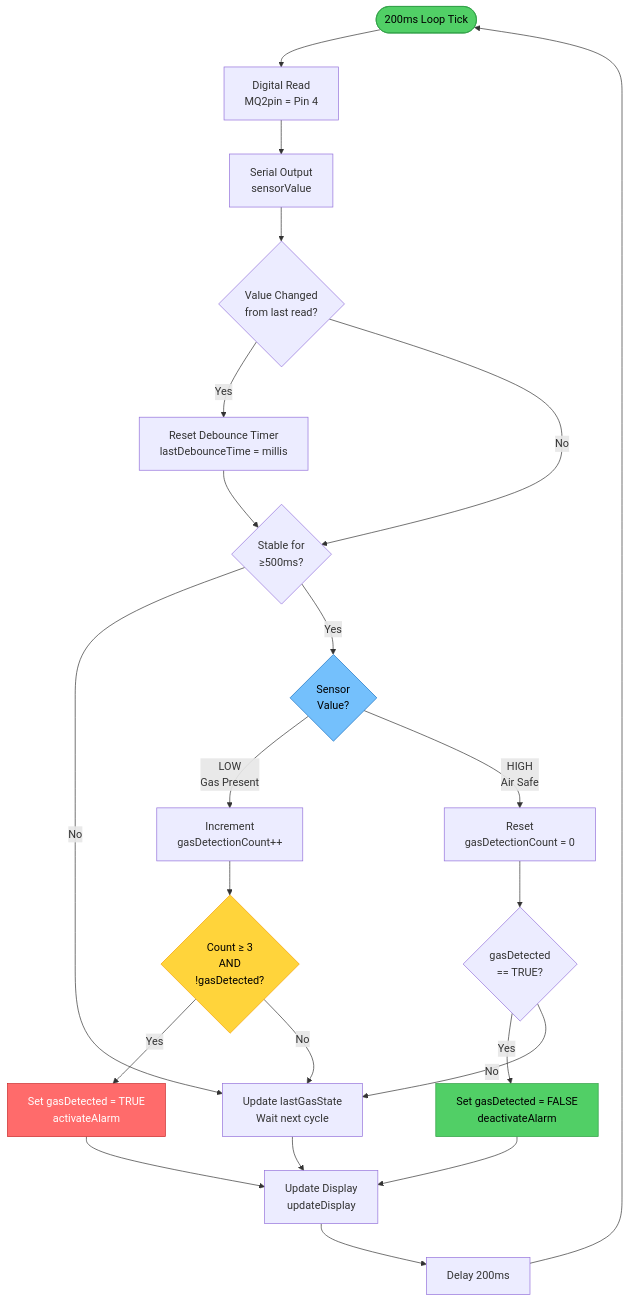
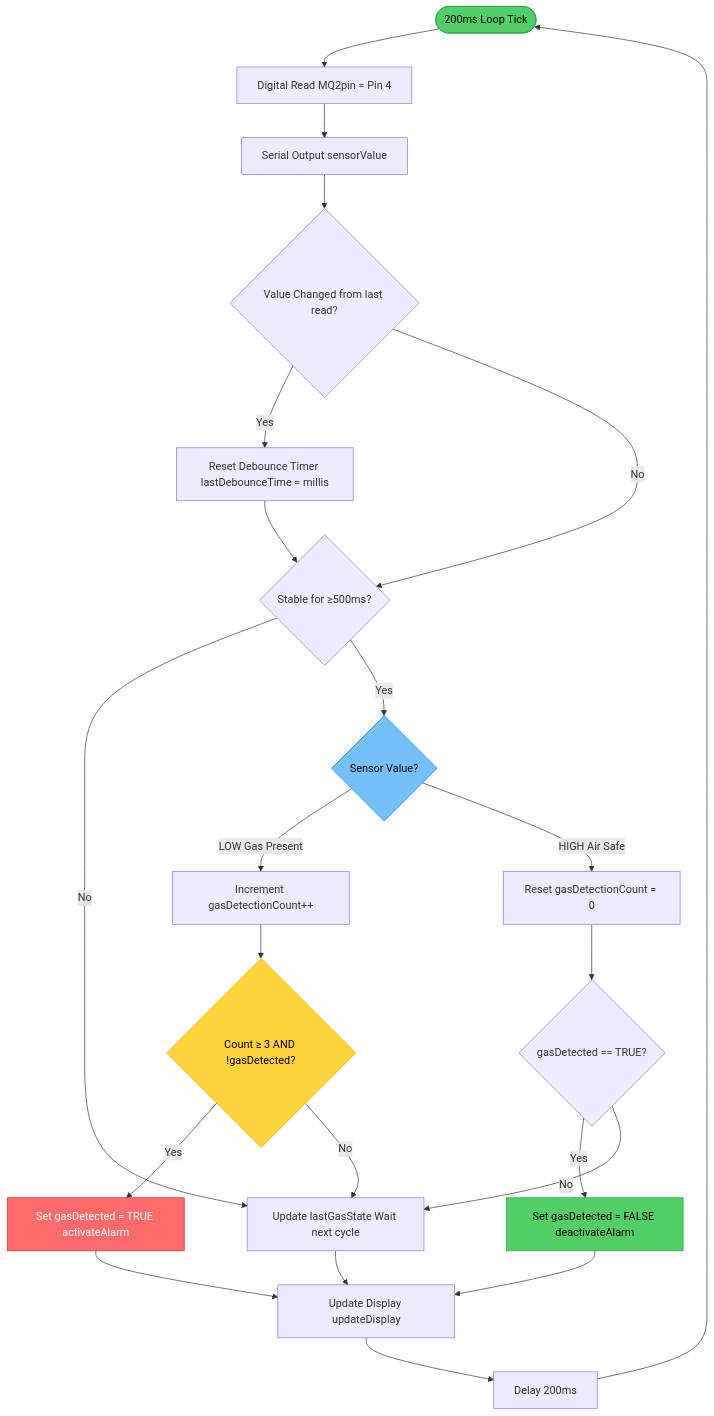
Before and after one commit to kelvinmwega/gas-leak-detection: the fifth of 14 diagrams in BLOCK-DIAGRAM.md, drawn with Mermaid. The commit also changed other lines of this file, not shown here.

Commit message:
block diagrams updated

````diff
--- a/BLOCK-DIAGRAM.md
+++ b/BLOCK-DIAGRAM.md
@@ -223,40 +223,40 @@
 ```mermaid
 graph TD
-  Start([200ms Loop Tick]) --> Read[Digital Read\nMQ2pin = Pin 4]
+  Start([200ms Loop Tick]) --> Read[Digital Read MQ2pin = Pin 4]
 
-  Read --> Log[Serial Output\nsensorValue]
+  Read --> Log[Serial Output sensorValue]
 
-  Log --> EdgeDetect{Value Changed\nfrom last read?}
+  Log --> EdgeDetect{Value Changed from last read?}
 
-  EdgeDetect -->|Yes| ResetTimer[Reset Debounce Timer\nlastDebounceTime = millis]
+  EdgeDetect -->|Yes| ResetTimer[Reset Debounce Timer lastDebounceTime = millis]
   EdgeDetect -->|No| CheckStable
 
-  ResetTimer --> CheckStable{Stable for\n≥500ms?}
+  ResetTimer --> CheckStable{Stable for ≥500ms?}
 
-  CheckStable -->|No| UpdateState[Update lastGasState\nWait next cycle]
-  CheckStable -->|Yes| CheckValue{Sensor\nValue?}
+  CheckStable -->|No| UpdateState[Update lastGasState Wait next cycle]
+  CheckStable -->|Yes| CheckValue{Sensor Value?}
 
-  CheckValue -->|LOW\nGas Present| Increment[Increment\ngasDetectionCount++]
-  CheckValue -->|HIGH\nAir Safe| Reset[Reset\ngasDetectionCount = 0]
+  CheckValue -->|LOW Gas Present| Increment[Increment gasDetectionCount++]
+  CheckValue -->|HIGH Air Safe| Reset[Reset gasDetectionCount = 0]
 
-  Increment --> ThresholdCheck{Count ≥ 3\nAND\n!gasDetected?}
-  ThresholdCheck -->|Yes| Activate[Set gasDetected = TRUE\nactivateAlarm]
+  Increment --> ThresholdCheck{Count ≥ 3 AND !gasDetected?}
+  ThresholdCheck -->|Yes| Activate[Set gasDetected = TRUE activateAlarm]
   ThresholdCheck -->|No| UpdateState
 
-  Reset --> AlarmCheck{gasDetected\n== TRUE?}
-  AlarmCheck -->|Yes| Deactivate[Set gasDetected = FALSE\ndeactivateAlarm]
+  Reset --> AlarmCheck{gasDetected == TRUE?}
+  AlarmCheck -->|Yes| Deactivate[Set gasDetected = FALSE deactivateAlarm]
   AlarmCheck -->|No| UpdateState
 
-  Activate --> UpdateDisplay[Update Display\nupdateDisplay]
+  Activate --> UpdateDisplay[Update Display updateDisplay]
   Deactivate --> UpdateDisplay
   UpdateState --> UpdateDisplay
 
   UpdateDisplay --> Delay[Delay 200ms]
   Delay --> Start
 
   style Start fill:#51cf66,stroke:#2f9e44,color:#000
   style Activate fill:#ff6b6b,stroke:#c92a2a,color:#fff
   style Deactivate fill:#51cf66,stroke:#2f9e44,color:#000
   style ThresholdCheck fill:#ffd43b,stroke:#f59f00,color:#000
   style CheckValue fill:#74c0fc,stroke:#1971c2,color:#000
 ```
````
